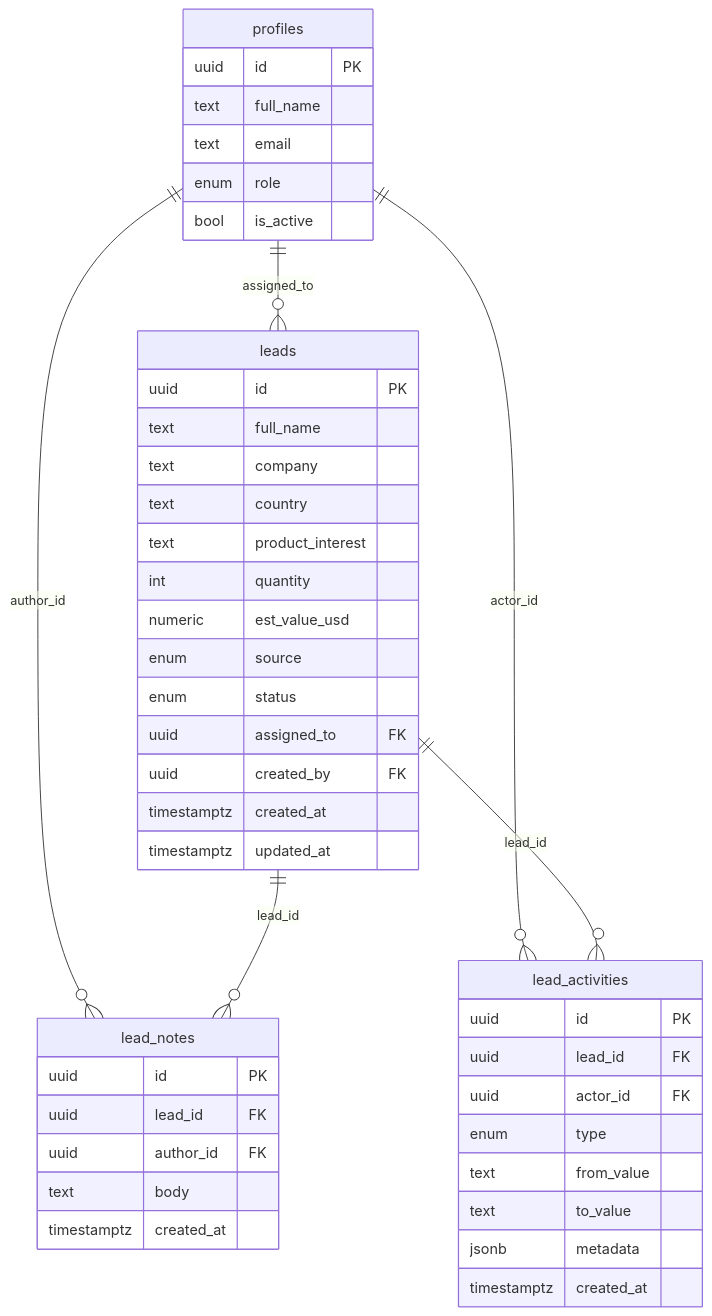
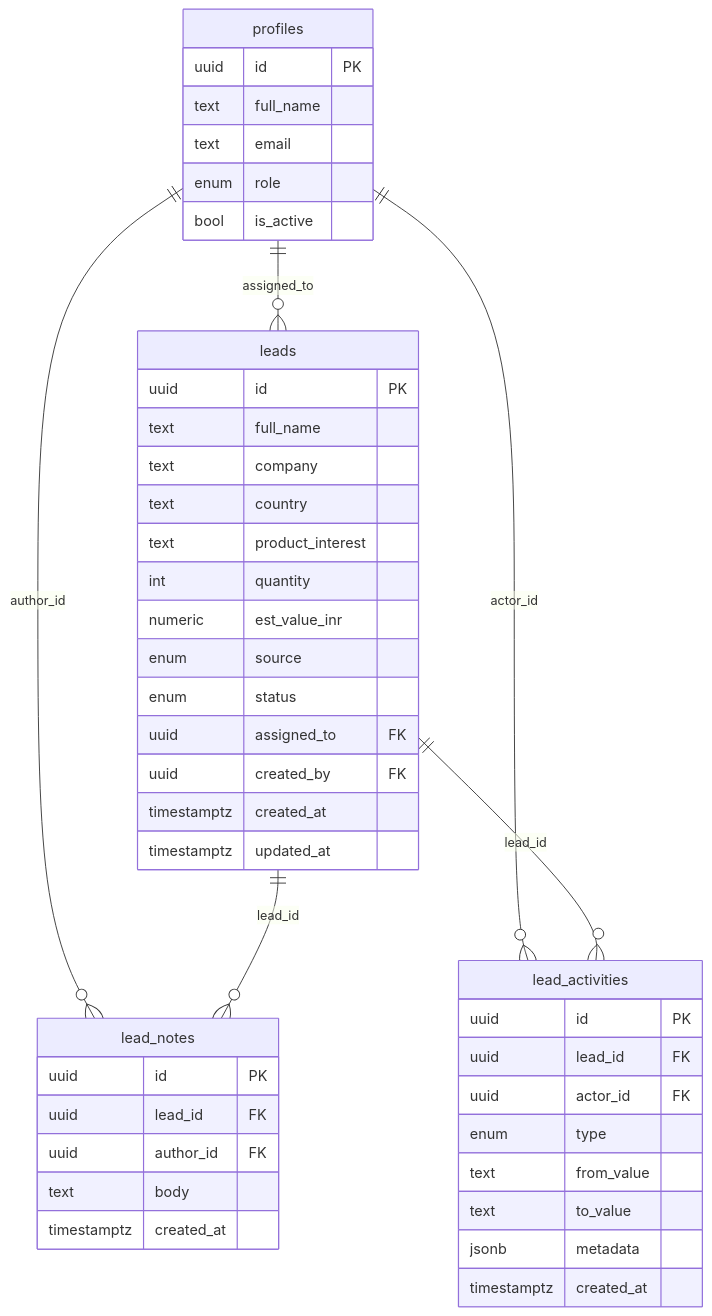
One commit to Saba-Ahmad-sp/portside changed the diagram in README.md. Above: the diagram before and after it, drawn with Mermaid. The commit also changed 16 other files, not shown here.

````diff
--- a/README.md
+++ b/README.md
@@ -148,48 +148,48 @@
 ```mermaid
 erDiagram
     profiles ||--o{ leads           : "assigned_to"
     profiles ||--o{ lead_notes      : "author_id"
     profiles ||--o{ lead_activities : "actor_id"
     leads    ||--o{ lead_notes      : "lead_id"
     leads    ||--o{ lead_activities : "lead_id"
 
     profiles {
         uuid id PK
         text full_name
         text email
         enum role
         bool is_active
     }
     leads {
         uuid id PK
         text full_name
         text company
         text country
         text product_interest
         int quantity
-        numeric est_value_usd
+        numeric est_value_inr
         enum source
         enum status
         uuid assigned_to FK
         uuid created_by FK
         timestamptz created_at
         timestamptz updated_at
     }
     lead_notes {
         uuid id PK
         uuid lead_id FK
         uuid author_id FK
         text body
         timestamptz created_at
     }
     lead_activities {
         uuid id PK
         uuid lead_id FK
         uuid actor_id FK
         enum type
         text from_value
         text to_value
         jsonb metadata
         timestamptz created_at
     }
 ```
````
